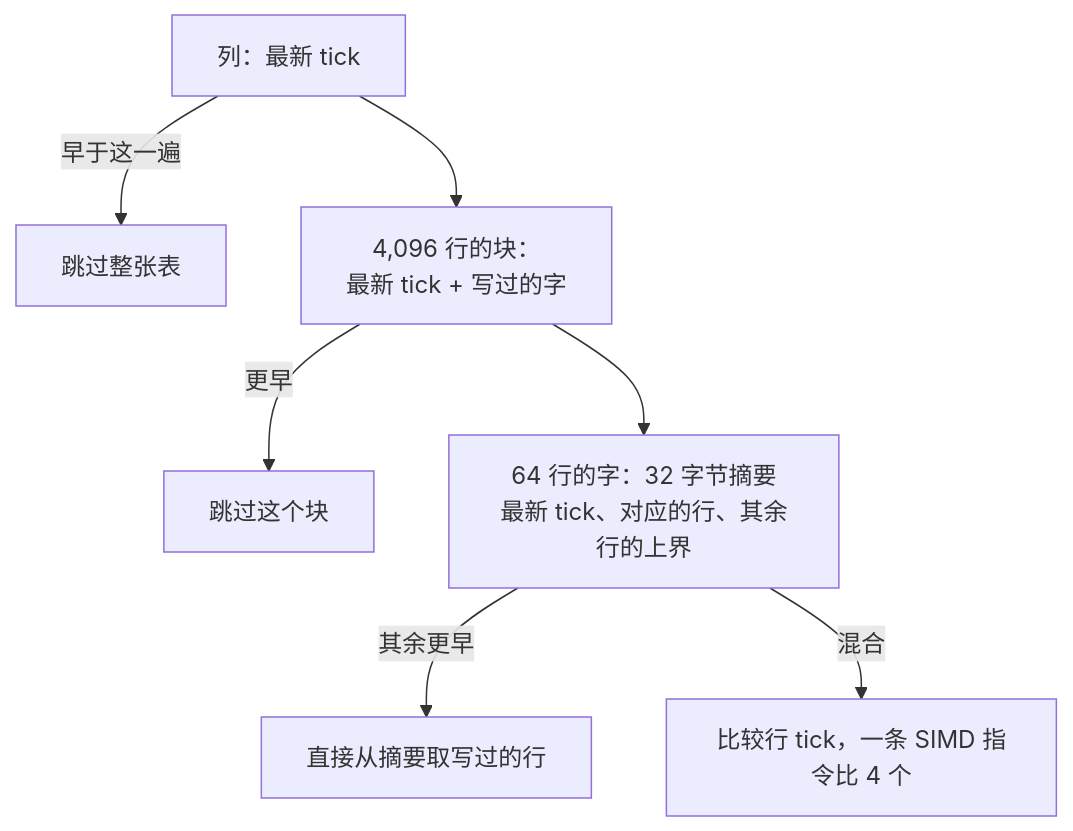
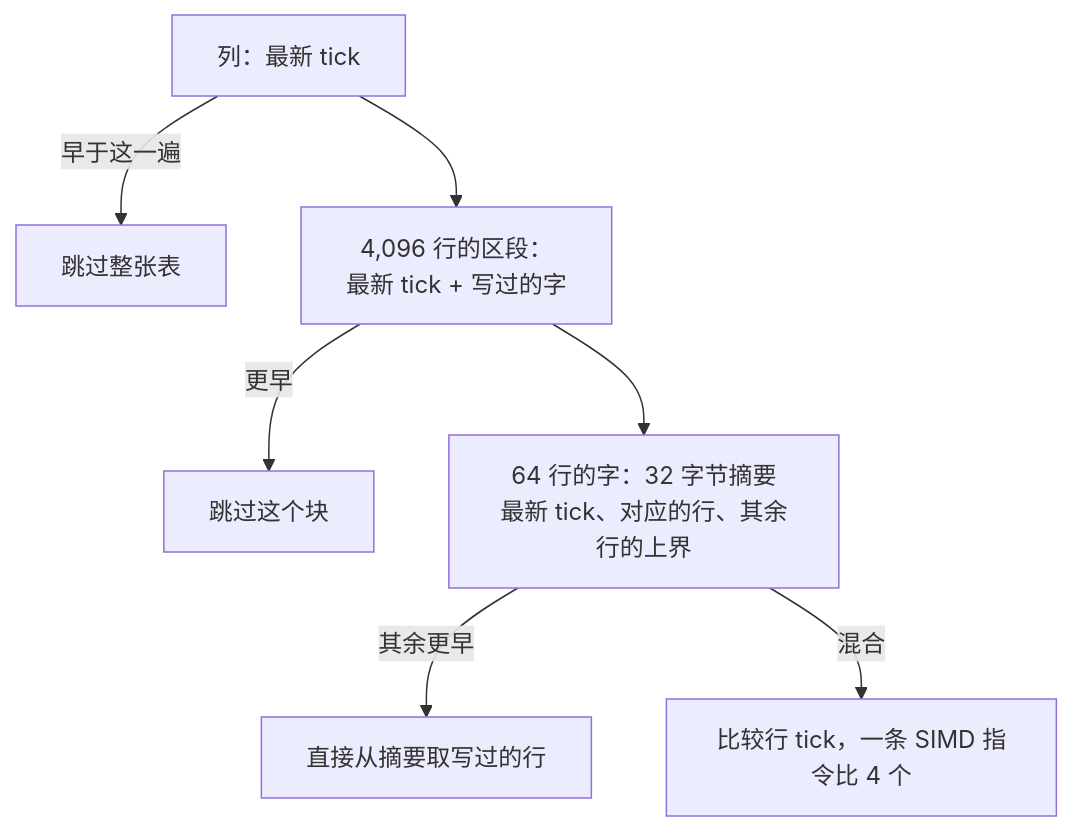
One commit to JasonXuDeveloper/EasyEcs changed the fifth of 6 diagrams in docs/content/why-fast.zh.mdx. Above: the diagram before and after it, drawn with Mermaid. The commit also changed other lines of this file and 39 other files, not shown here.

````diff
--- a/docs/content/why-fast.zh.mdx
+++ b/docs/content/why-fast.zh.mdx
@@ -170,9 +170,9 @@
 ```mermaid
 flowchart TB
     T["列：最新 tick"] -->|早于这一遍| S1["跳过整张表"]
-    T --> B["4,096 行的块：<br/>最新 tick + 写过的字"]
+    T --> B["4,096 行的区段：<br/>最新 tick + 写过的字"]
     B -->|更早| S2["跳过这个块"]
     B --> W["64 行的字：32 字节摘要<br/>最新 tick、对应的行、其余行的上界"]
     W -->|其余更早| R["直接从摘要取写过的行"]
     W -->|混合| C["比较行 tick，一条 SIMD 指令比 4 个"]
 ```
````
